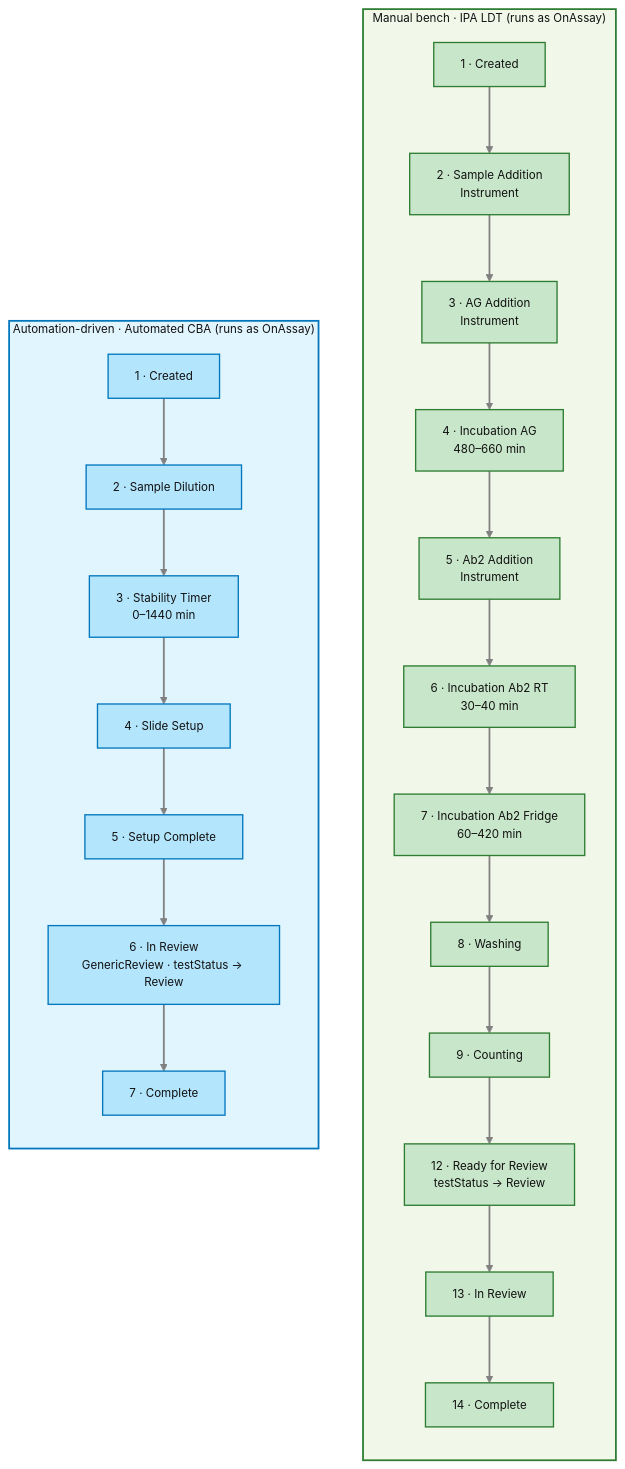
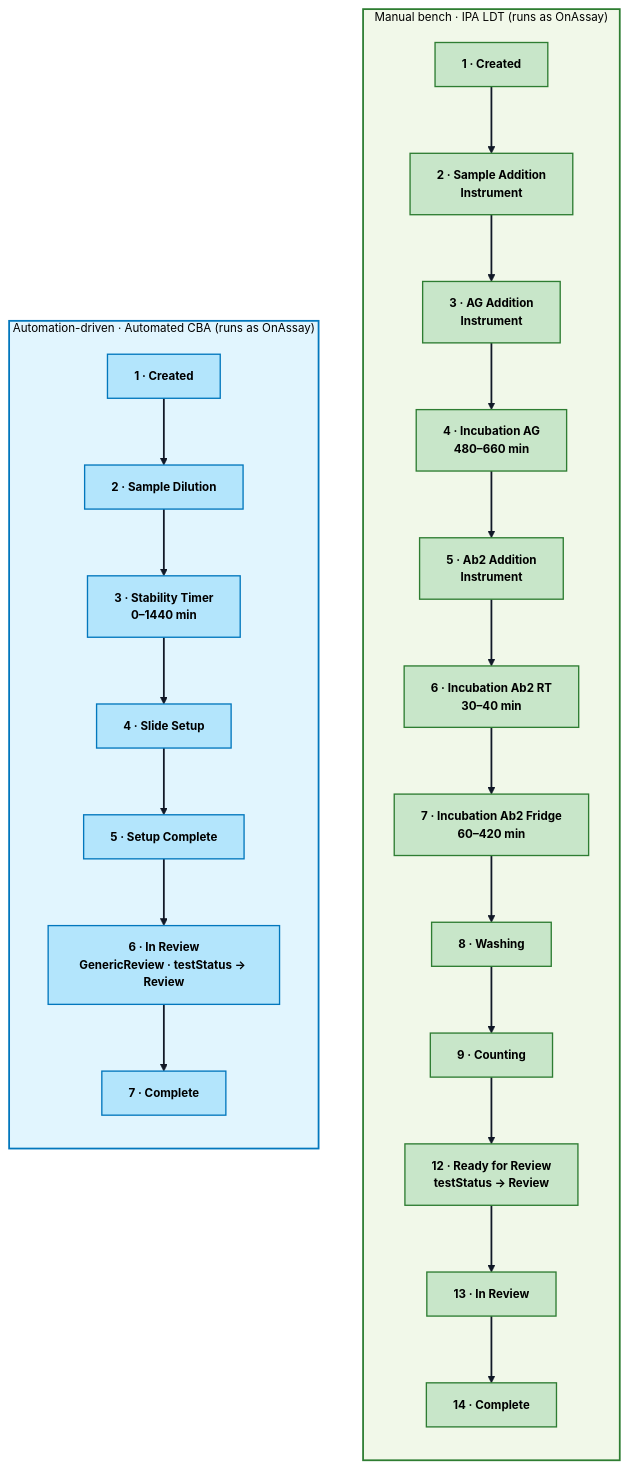
Before and after one commit to fengyanglin09/my-work-dashboard-app: the third of 4 diagrams in src/assets/pages/app-resources/nerds/appDetails/00step/testing-stage/testing-stage.md, drawn with Mermaid. The commit also changed other lines of this file and 35 other files, not shown here.

Commit message:
Add new mermaid diagrams for workflow and testing processes

````diff
--- a/src/assets/pages/app-resources/nerds/appDetails/00step/testing-stage/testing-stage.md
+++ b/src/assets/pages/app-resources/nerds/appDetails/00step/testing-stage/testing-stage.md
@@ -348,37 +348,37 @@
 ```mermaid
-%%{init: {"theme":"base", "themeVariables":{"background":"#ffffff","lineColor":"#808080","edgeLabelBackground":"#ffffff","fontSize":"13px"}, "flowchart":{"curve":"linear"}}}%%
+%%{init: {"theme":"base", "themeVariables":{"background":"#ffffff","mainBkg":"#ffffff","primaryColor":"#f8fafc","primaryTextColor":"#000000","primaryBorderColor":"#111827","secondaryColor":"#f8fafc","secondaryTextColor":"#000000","secondaryBorderColor":"#111827","tertiaryColor":"#f8fafc","tertiaryTextColor":"#000000","tertiaryBorderColor":"#111827","lineColor":"#111827","defaultLinkColor":"#111827","nodeTextColor":"#000000","textColor":"#000000","titleColor":"#000000","edgeLabelBackground":"#ffffff","clusterBkg":"#f8fafc","clusterBorder":"#111827","fontSize":"13px"}, "themeCSS":".nodeLabel,.nodeLabel *,.edgeLabel,.edgeLabel *,.cluster-label,.cluster-label *,.label,.label *,foreignObject,foreignObject *,text,tspan{color:#000000 !important;fill:#000000 !important;font-weight:700 !important;}.edgeLabel rect,.labelBkg{fill:#ffffff !important;opacity:0.96 !important;}", "flowchart":{"curve":"linear","htmlLabels":false}}}%%
 flowchart TB
     subgraph MANUAL["Manual bench · IPA LDT (runs as OnAssay)"]
         direction TB
         M1[1 · Created] --> M2[2 · Sample Addition<br/>Instrument]
         M2 --> M3[3 · AG Addition<br/>Instrument]
         M3 --> M4[4 · Incubation AG<br/>480–660 min]
         M4 --> M5[5 · Ab2 Addition<br/>Instrument]
         M5 --> M6[6 · Incubation Ab2 RT<br/>30–40 min]
         M6 --> M7[7 · Incubation Ab2 Fridge<br/>60–420 min]
         M7 --> M8[8 · Washing]
         M8 --> M9[9 · Counting]
         M9 --> M10[12 · Ready for Review<br/>testStatus → Review]
         M10 --> M11[13 · In Review]
         M11 --> M12[14 · Complete]
     end
 
     subgraph AUTOCBA["Automation-driven · Automated CBA (runs as OnAssay)"]
         direction TB
         A1[1 · Created] --> A2[2 · Sample Dilution]
         A2 --> A3[3 · Stability Timer<br/>0–1440 min]
         A3 --> A4[4 · Slide Setup]
         A4 --> A5[5 · Setup Complete]
         A5 --> A6[6 · In Review<br/>GenericReview · testStatus → Review]
         A6 --> A7[7 · Complete]
     end
 
-    classDef stepA fill:#c8e6c9,stroke:#2e7d32,stroke-width:1.5px,color:#111111;
-    classDef stepB fill:#b3e5fc,stroke:#0277bd,stroke-width:1.5px,color:#111111;
+    classDef stepA fill:#c8e6c9,stroke:#2e7d32,stroke-width:1.5px,color:#000000,font-weight:700;
+    classDef stepB fill:#b3e5fc,stroke:#0277bd,stroke-width:1.5px,color:#000000,font-weight:700;
     class M1,M2,M3,M4,M5,M6,M7,M8,M9,M10,M11,M12 stepA;
     class A1,A2,A3,A4,A5,A6,A7 stepB;
-    style MANUAL fill:#f1f8e9,stroke:#2e7d32,stroke-width:2px,color:#111111
-    style AUTOCBA fill:#e1f5fe,stroke:#0277bd,stroke-width:2px,color:#111111
+    style MANUAL fill:#f1f8e9,stroke:#2e7d32,stroke-width:2px,color:#000000,font-weight:700
+    style AUTOCBA fill:#e1f5fe,stroke:#0277bd,stroke-width:2px,color:#000000,font-weight:700
 
-    linkStyle default stroke:#808080,stroke-width:2px
+    linkStyle default stroke:#111827,stroke-width:2px
 ```
````
